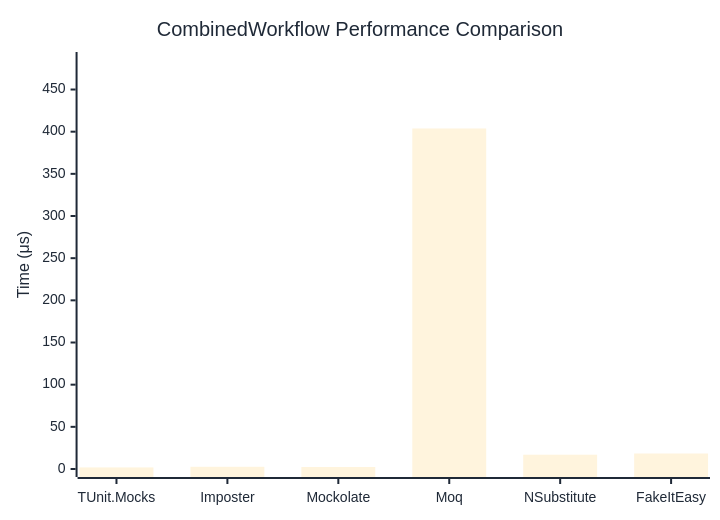
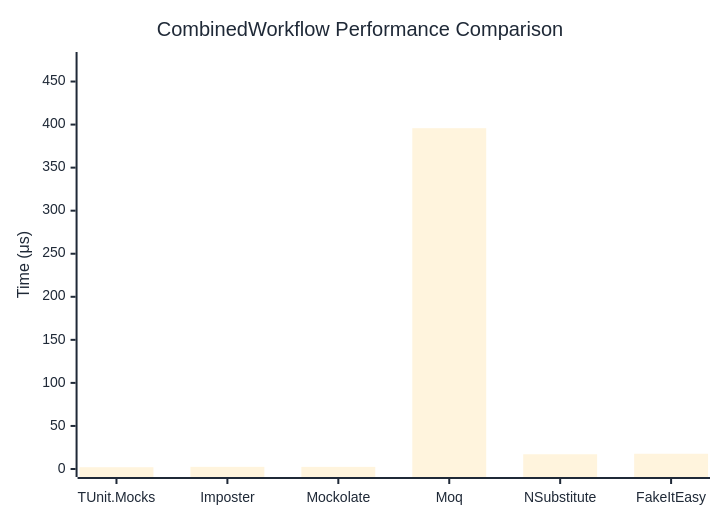
Before and after one commit to thomhurst/TUnit: the diagram in docs/docs/benchmarks/mocks/CombinedWorkflow.md, drawn with Mermaid. The commit also changed other lines of this file and 14 other files, not shown here.

````diff
--- a/docs/docs/benchmarks/mocks/CombinedWorkflow.md
+++ b/docs/docs/benchmarks/mocks/CombinedWorkflow.md
@@ -28,27 +28,27 @@
 ```mermaid
 %%{init: {
   'theme':'base',
   'themeVariables': {
     'primaryColor': '#2563eb',
     'primaryTextColor': '#1f2937',
     'primaryBorderColor': '#1e40af',
     'lineColor': '#6b7280',
     'secondaryColor': '#7c3aed',
     'tertiaryColor': '#dc2626',
     'background': '#ffffff',
     'pie1': '#2563eb',
     'pie2': '#7c3aed',
     'pie3': '#dc2626',
     'pie4': '#f59e0b',
     'pie5': '#10b981',
     'pie6': '#06b6d4',
     'pie7': '#ec4899',
     'pie8': '#6366f1'
   }
 }}%%
 xychart-beta
   title "CombinedWorkflow Performance Comparison"
   x-axis ["TUnit.Mocks", "Imposter", "Mockolate", "Moq", "NSubstitute", "FakeItEasy"]
-  y-axis "Time (μs)" 0 --> 485
-  bar [1.864, 2.623, 2.346, 403.794, 16.942, 18.39]
+  y-axis "Time (μs)" 0 --> 475
+  bar [2.064, 2.503, 2.459, 395.825, 17.125, 17.713]
 ```
````
